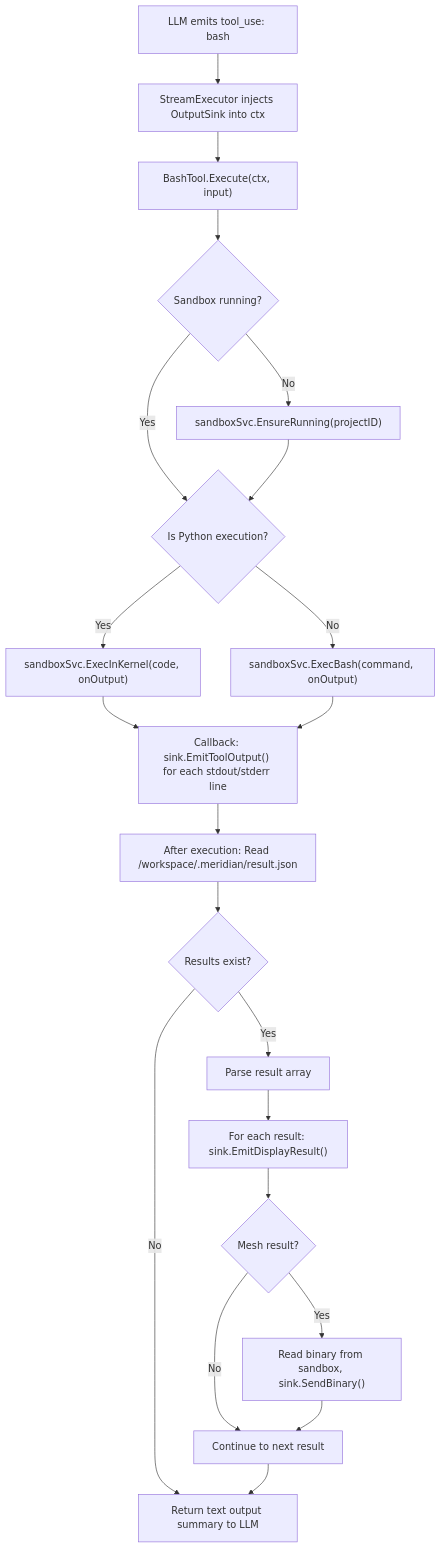
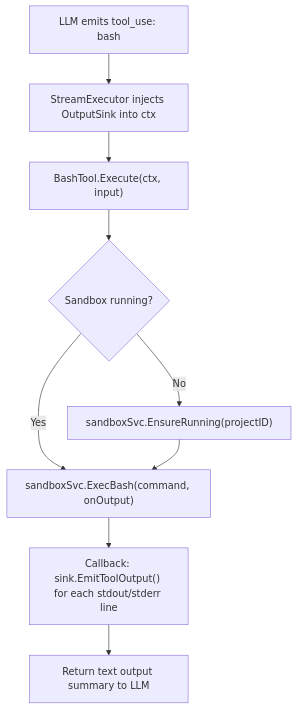
Before and after one commit to haowjy/meridian-flow: the diagram in .meridian/work/biomedical-mvp/design/backend/bash-tool.md, drawn with Mermaid. The commit also changed other lines of this file and 12 other files, not shown here.

First line of the commit message:
Revise biomedical MVP design docs for two-tool model and inline results

````diff
--- a/.meridian/work/biomedical-mvp/design/backend/bash-tool.md
+++ b/.meridian/work/biomedical-mvp/design/backend/bash-tool.md
@@ -61,23 +52,11 @@
 ```mermaid
 flowchart TD
     A["LLM emits tool_use: bash"] --> B["StreamExecutor injects OutputSink into ctx"]
     B --> C["BashTool.Execute(ctx, input)"]
     C --> D{"Sandbox running?"}
     D -->|No| E["sandboxSvc.EnsureRunning(projectID)"]
-    D -->|Yes| F{"Is Python execution?"}
+    D -->|Yes| F["sandboxSvc.ExecBash(command, onOutput)"]
     E --> F
-    F -->|Yes| G["sandboxSvc.ExecInKernel(code, onOutput)"]
-    F -->|No| H["sandboxSvc.ExecBash(command, onOutput)"]
-    G --> I["Callback: sink.EmitToolOutput() for each stdout/stderr line"]
-    H --> I
-    I --> J["After execution: Read /workspace/.meridian/result.json"]
-    J --> K{"Results exist?"}
-    K -->|No| L["Return text output summary to LLM"]
-    K -->|Yes| M["Parse result array"]
-    M --> N["For each result: sink.EmitDisplayResult()"]
-    N --> O{"Mesh result?"}
-    O -->|Yes| P["Read binary from sandbox, sink.SendBinary()"]
-    O -->|No| Q["Continue to next result"]
-    P --> Q
-    Q --> L
+    F --> G["Callback: sink.EmitToolOutput() for each stdout/stderr line"]
+    G --> H["Return text output summary to LLM"]
 ```
````
